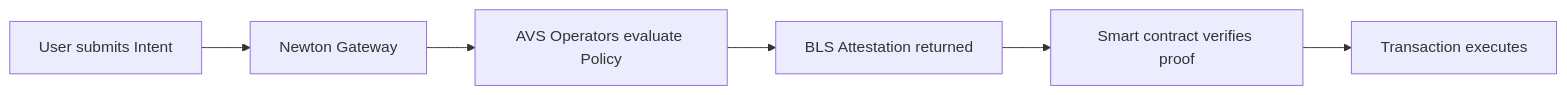
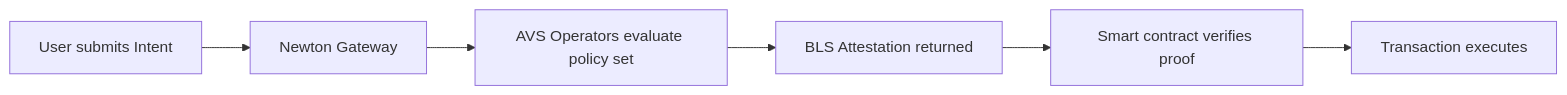
Before and after one commit to newt-foundation/newton-sdk: the first of 2 diagrams in site/src/pages/developers/overview/core-concepts.mdx, drawn with Mermaid. The commit also changed other lines of this file and 33 other files, not shown here.

````diff
--- a/site/src/pages/developers/overview/core-concepts.mdx
+++ b/site/src/pages/developers/overview/core-concepts.mdx
@@ -26,8 +26,8 @@
 ```mermaid
 flowchart LR
     A[User submits Intent] --> B[Newton Gateway]
-    B --> C[AVS Operators evaluate Policy]
+    B --> C[AVS Operators evaluate policy set]
     C --> D[BLS Attestation returned]
     D --> E[Smart contract verifies proof]
     E --> F[Transaction executes]
 ```
````
